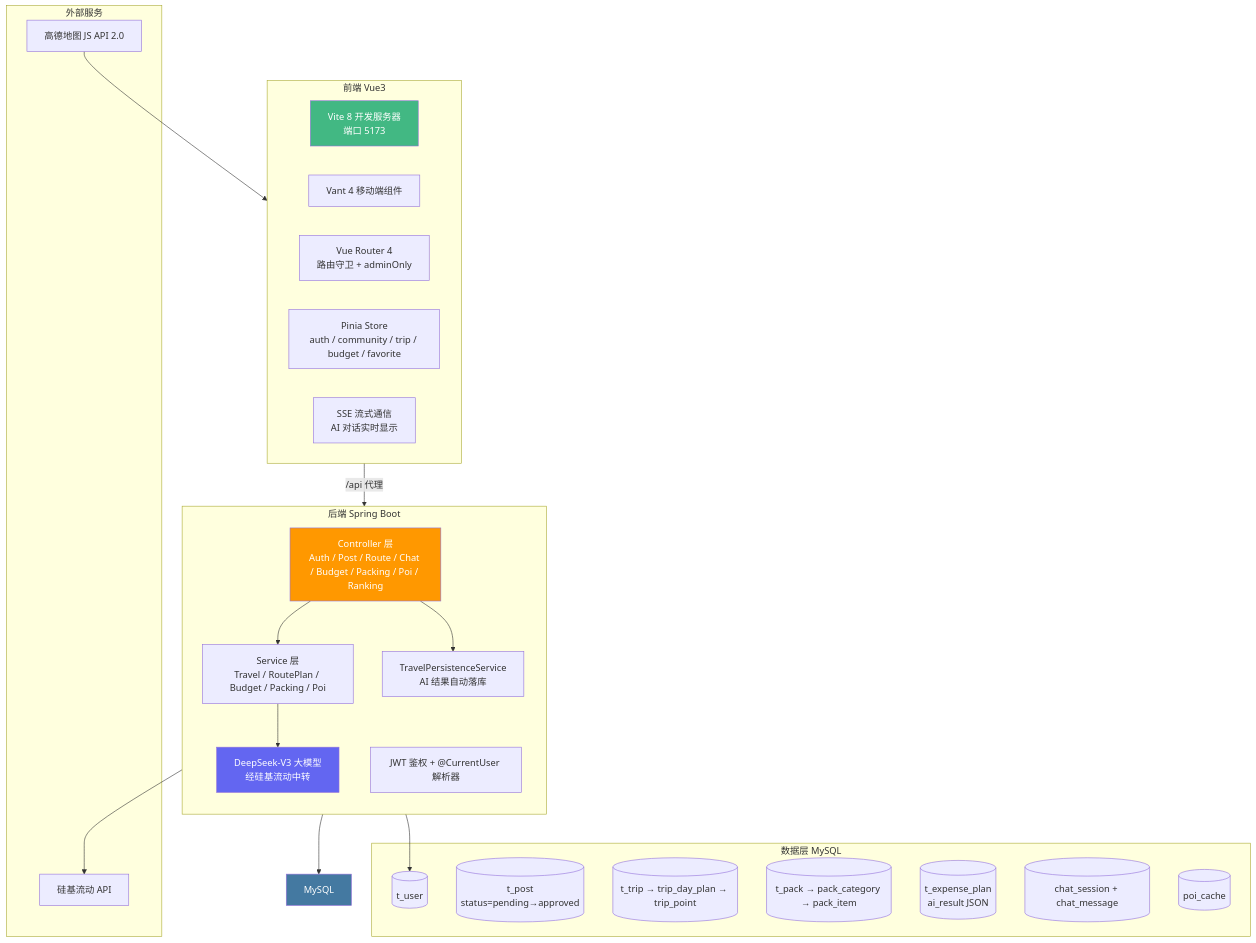
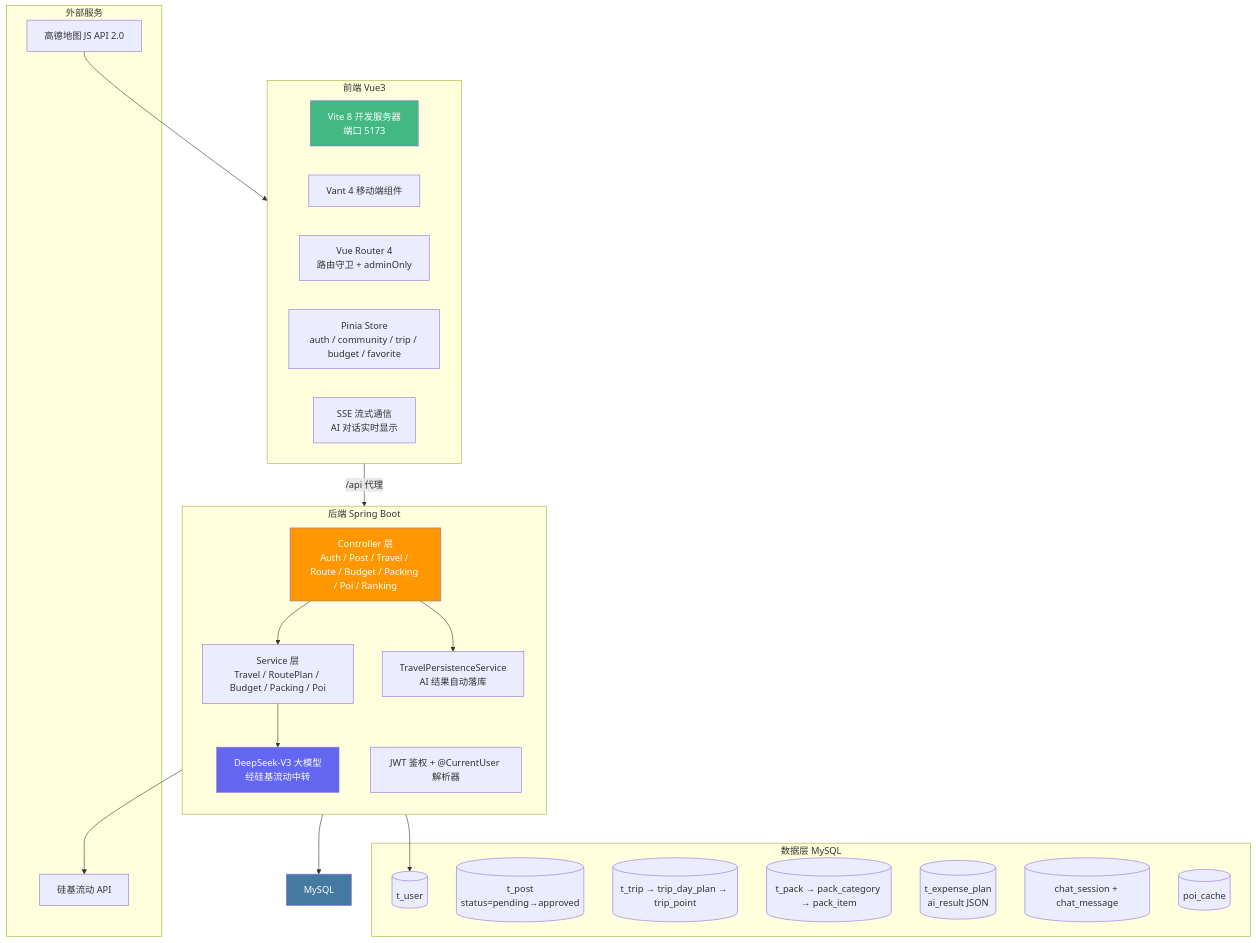
The diagram in README.md (hyl0514/-), drawn with Mermaid before and after one commit. The commit also changed other lines of this file, not shown here.

````diff
--- a/README.md
+++ b/README.md
@@ -92,49 +94,49 @@
 ```mermaid
 graph TB
     subgraph 前端 Vue3
         direction LR
         Vite[Vite 8 开发服务器<br/>端口 5173]
         Vant[Vant 4 移动端组件]
         Router[Vue Router 4<br/>路由守卫 + adminOnly]
         Stores[Pinia Store<br/>auth / community / trip / budget / favorite]
         SSE[SSE 流式通信<br/>AI 对话实时显示]
     end
 
     subgraph 后端 Spring Boot
         direction TB
-        Controller[Controller 层<br/>Auth / Post / Route / Chat / Budget / Packing / Poi / Ranking]
+        Controller[Controller 层<br/>Auth / Post / Travel / Route / Budget / Packing / Poi / Ranking]
         Persistence[TravelPersistenceService<br/>AI 结果自动落库]
         Service[Service 层<br/>Travel / RoutePlan / Budget / Packing / Poi]
         LLM[DeepSeek-V3 大模型<br/>经硅基流动中转]
         JWT[JWT 鉴权 + @CurrentUser 解析器]
     end
 
     subgraph 数据层 MySQL
         Users[(t_user)]
         Posts[(t_post<br/>status=pending→approved)]
         Trips[(t_trip → trip_day_plan → trip_point)]
         Packs[(t_pack → pack_category → pack_item)]
         ExpensePlans[(t_expense_plan<br/>ai_result JSON)]
         Chat[(chat_session + chat_message)]
         PoiCache[(poi_cache)]
     end
 
     subgraph 外部服务
         AMap[高德地图 JS API 2.0]
         SiliconFlow[硅基流动 API]
     end
 
     Vite -- /api 代理 --> Controller
     Controller --> Service
     Controller --> Persistence
     Service --> LLM
     LLM --> SiliconFlow
     Persistence --> MySQL
     JWT --> Users
     AMap --> Vite
 
     style Vite fill:#42b883,color:#fff
     style Controller fill:#ff9800,color:#fff
     style LLM fill:#6366f1,color:#fff
     style MySQL fill:#4479a1,color:#fff
 ```
````
